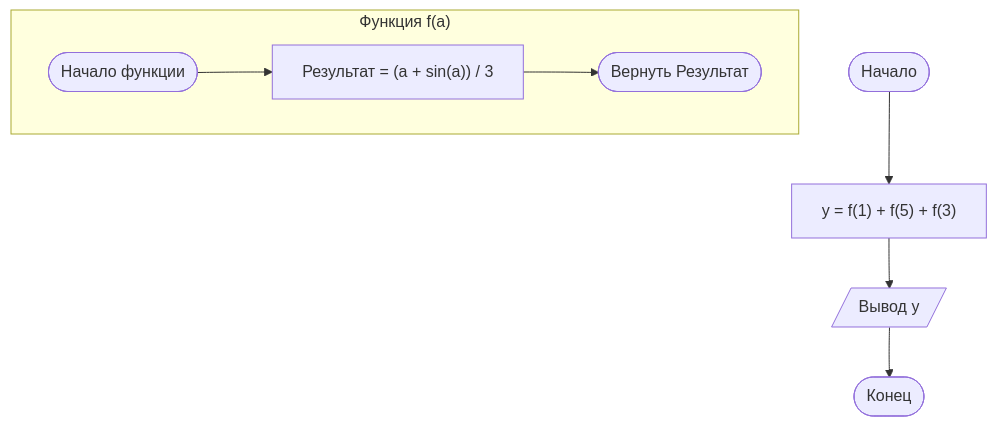
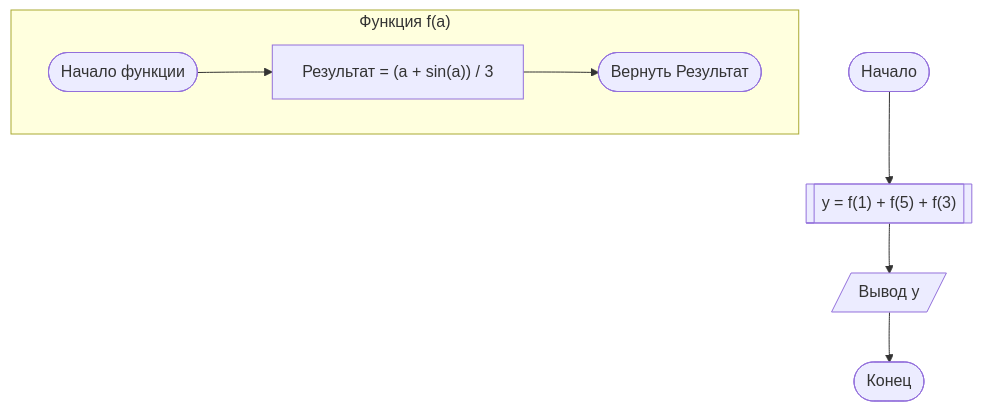
One commit to Nach102214/python-investment-training changed the diagram in Practice/Algorithms/Zlatopolsky_Zadachnik/Chapter_10_Functions_and_Procedures/Task_10_2/algorithm.md. Above: the diagram before and after it, drawn with Mermaid. The commit also changed 18 other files, not shown here.

````diff
--- a/Practice/Algorithms/Zlatopolsky_Zadachnik/Chapter_10_Functions_and_Procedures/Task_10_2/algorithm.md
+++ b/Practice/Algorithms/Zlatopolsky_Zadachnik/Chapter_10_Functions_and_Procedures/Task_10_2/algorithm.md
@@ -19,13 +19,13 @@
 ```mermaid
 flowchart TD
     %% Основная программа
-    A([Начало]) --> B["y = f(1) + f(5) + f(3)"]
+    A([Начало]) --> B[["y = f(1) + f(5) + f(3)"]]
     B --> C[/"Вывод y"/]
     C --> D([Конец])
 
     %% Подпрограмма (Функция)
     subgraph "Функция f(a)"
         F_Start([Начало функции]) --> F_Calc["Результат = (a + sin(a)) / 3"]
         F_Calc --> F_End([Вернуть Результат])
     end
 ```
````
